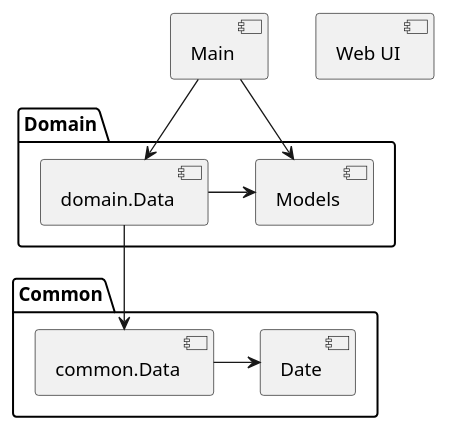
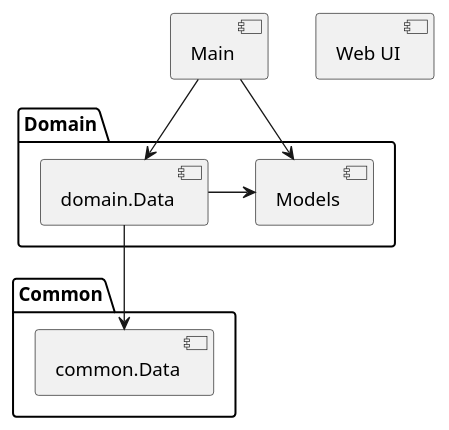
The diagram in docs/current/model.puml (undiscoveredWorld/finance_plan), drawn with PlantUML before and after one commit. The commit also changed 14 other files, not shown here.

```diff
--- a/docs/current/model.puml
+++ b/docs/current/model.puml
@@ -1,23 +1,21 @@
 @startuml component
 
 package Common {
     component [common.Data]
-    component [Date]
 }
 
 package Domain {
     component [Models]
     component [domain.Data]
 }
 
 component [Web UI]
 component [Main]
 
 
 [Main] -down-> [domain.Data]
 [Main] -down-> [Models]
 [domain.Data] -right-> [Models]
 [domain.Data] -down-> [common.Data]
-[common.Data] -> [Date]
 
 @enduml
```
